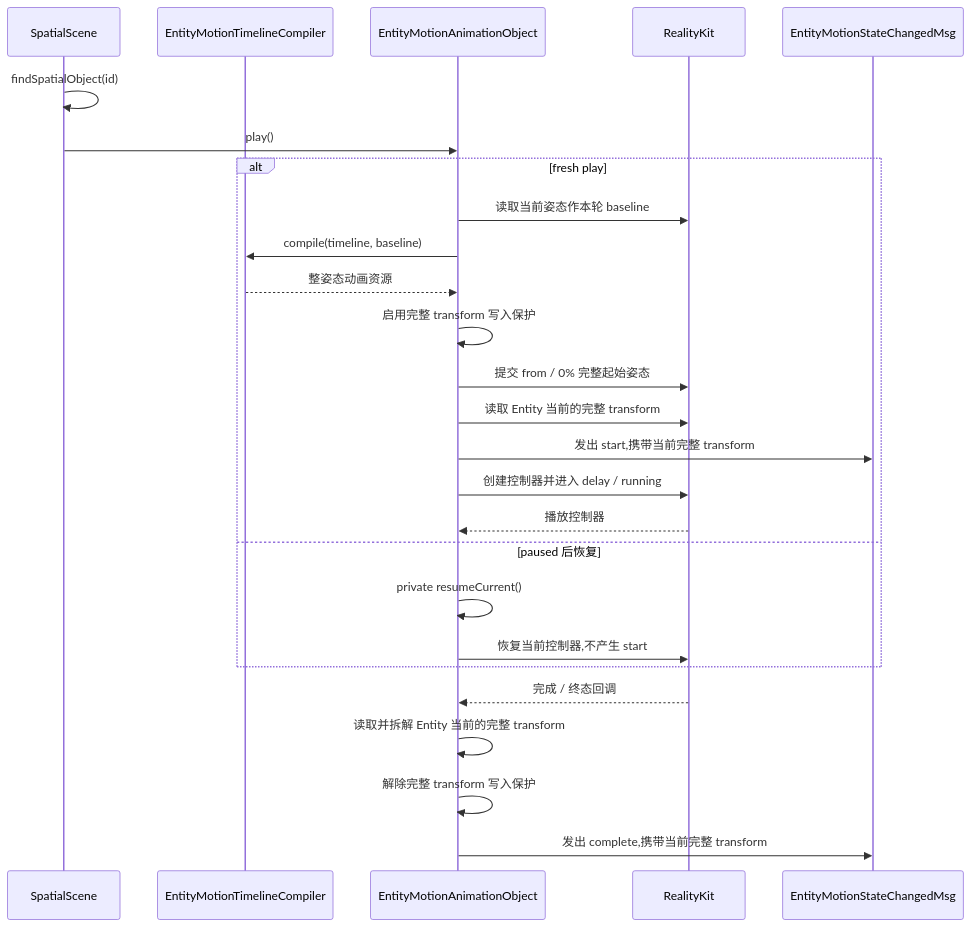
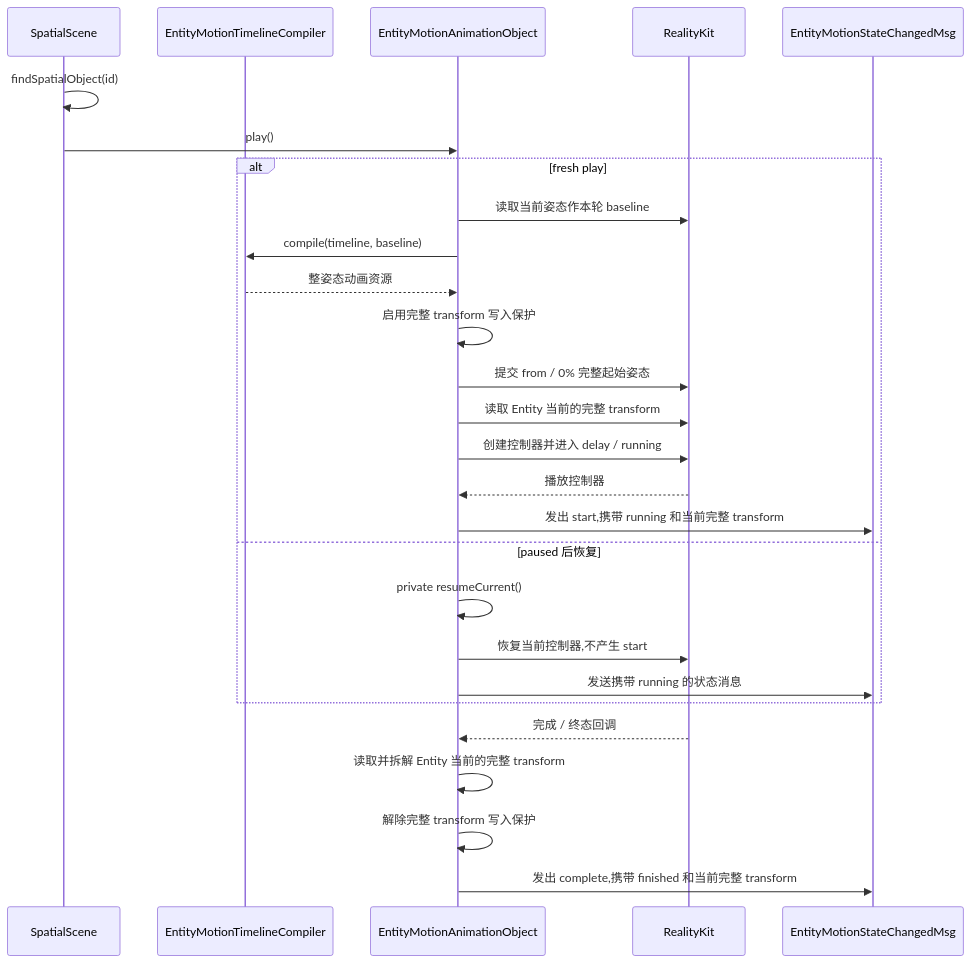
One commit to webspatial/webspatial-sdk changed diagram 11 of 14 in openspec/changes/redesign-entity-motion-api/design.zh.md. Above: the diagram before and after it, drawn with Mermaid. The commit also changed other lines of this file and 33 other files, not shown here.

````diff
--- a/openspec/changes/redesign-entity-motion-api/design.zh.md
+++ b/openspec/changes/redesign-entity-motion-api/design.zh.md
@@ -1230,29 +1231,30 @@
 ```mermaid
 sequenceDiagram
     participant Scene as SpatialScene
     participant Compiler as EntityMotionTimelineCompiler
     participant Obj as EntityMotionAnimationObject
     participant RK as RealityKit
     participant Event as EntityMotionStateChangedMsg
 
     Scene->>Scene: findSpatialObject(id)
     Scene->>Obj: play()
     alt fresh play
         Obj->>RK: 读取当前姿态作本轮 baseline
         Obj->>Compiler: compile(timeline, baseline)
         Compiler-->>Obj: 整姿态动画资源
         Obj->>Obj: 启用完整 transform 写入保护
         Obj->>RK: 提交 from / 0% 完整起始姿态
         Obj->>RK: 读取 Entity 当前的完整 transform
-        Obj->>Event: 发出 start,携带当前完整 transform
         Obj->>RK: 创建控制器并进入 delay / running
         RK-->>Obj: 播放控制器
+        Obj->>Event: 发出 start,携带 running 和当前完整 transform
     else paused 后恢复
         Obj->>Obj: private resumeCurrent()
         Obj->>RK: 恢复当前控制器,不产生 start
+        Obj->>Event: 发送携带 running 的状态消息
     end
     RK-->>Obj: 完成 / 终态回调
     Obj->>Obj: 读取并拆解 Entity 当前的完整 transform
     Obj->>Obj: 解除完整 transform 写入保护
-    Obj->>Event: 发出 complete,携带当前完整 transform
+    Obj->>Event: 发出 complete,携带 finished 和当前完整 transform
 ```
````
